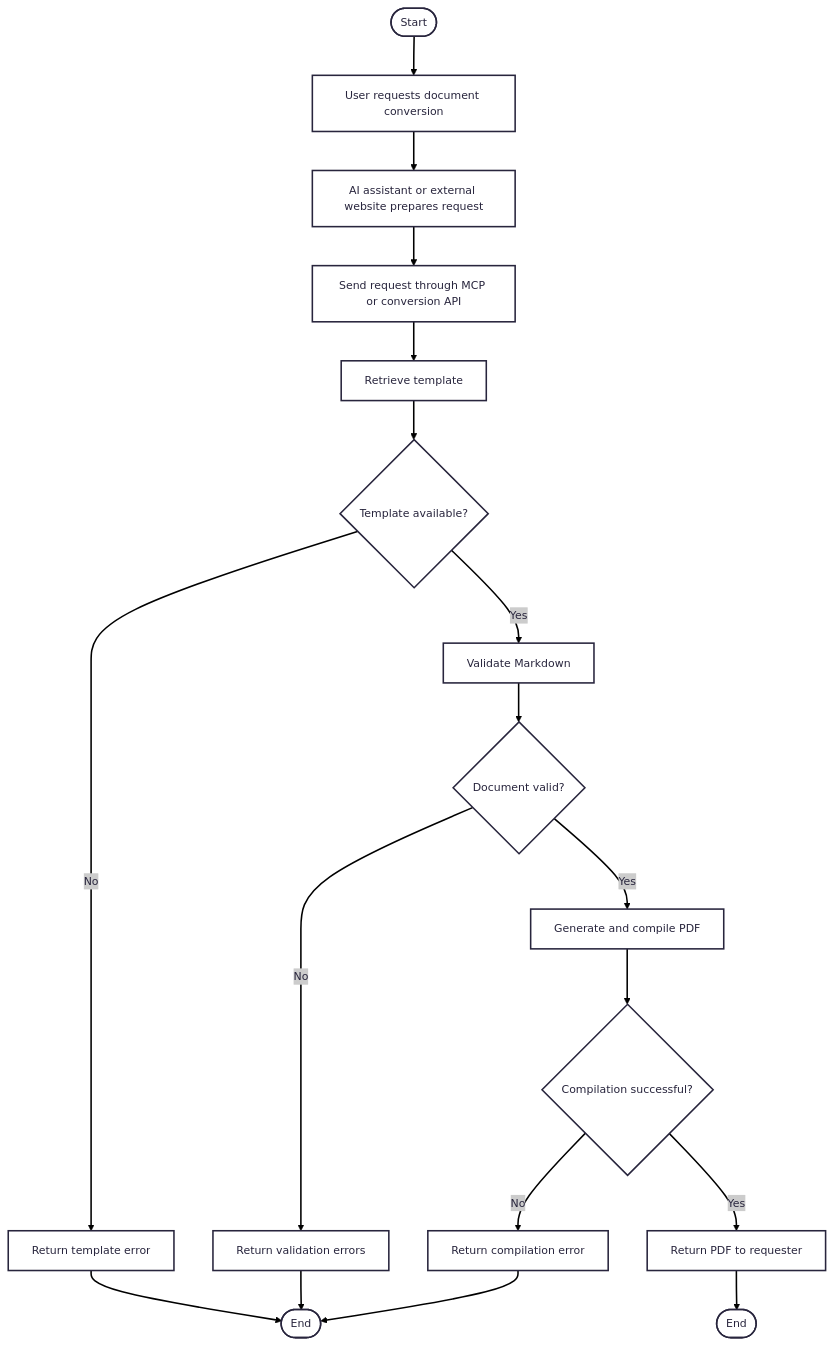
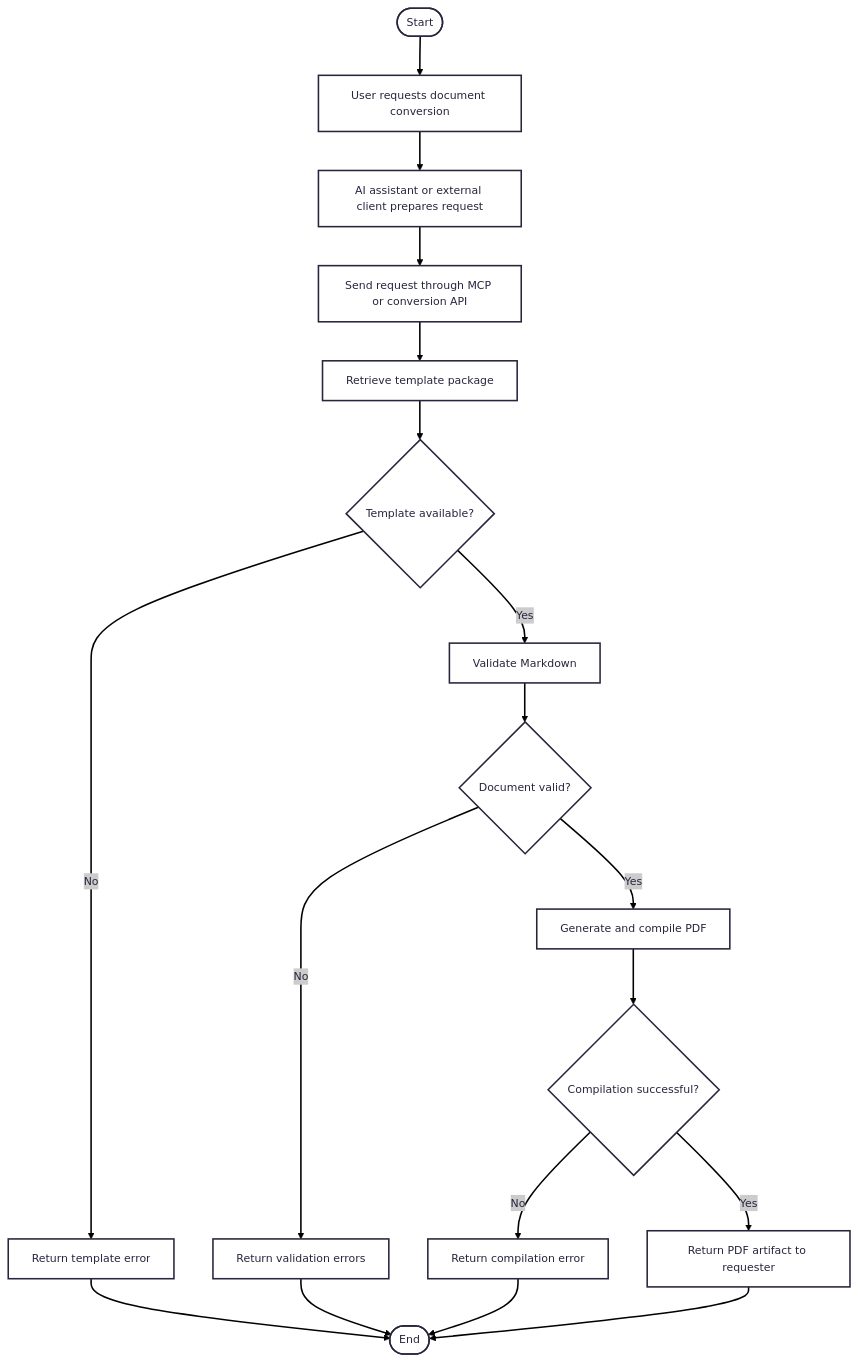
Before and after one commit to Litho-MD/uet-fyp-docs: the diagram in diagrams/mmd/userflow/10-mcp-api-conversion.mmd, drawn with Mermaid. The commit also changed 15 other files, not shown here.

Commit message:
feat(diagrams): harmonize AI authoring, security review, and MCP diagrams with diamond loops, clean exits, and sequence modeling

```diff
--- a/diagrams/mmd/userflow/10-mcp-api-conversion.mmd
+++ b/diagrams/mmd/userflow/10-mcp-api-conversion.mmd
@@ -1,29 +1,29 @@
 ---
 config:
   theme: redux
   look: classic
 ---
 flowchart TD
     A([Start]) --> B[User requests document conversion]
-    B --> C[AI assistant or external website prepares request]
+    B --> C[AI assistant or external client prepares request]
     C --> D[Send request through MCP or conversion API]
-    D --> E[Retrieve template]
+    D --> E[Retrieve template package]
     E --> F{Template available?}
 
     F -- No --> G[Return template error]
-    G --> H([End])
+    G --> P([End])
 
     F -- Yes --> I[Validate Markdown]
     I --> J{Document valid?}
 
     J -- No --> K[Return validation errors]
-    K --> H
+    K --> P
 
     J -- Yes --> L[Generate and compile PDF]
     L --> M{Compilation successful?}
 
     M -- No --> N[Return compilation error]
-    N --> H
+    N --> P
 
-    M -- Yes --> O[Return PDF to requester]
-    O --> P([End])
+    M -- Yes --> O[Return PDF artifact to requester]
+    O --> P
```
